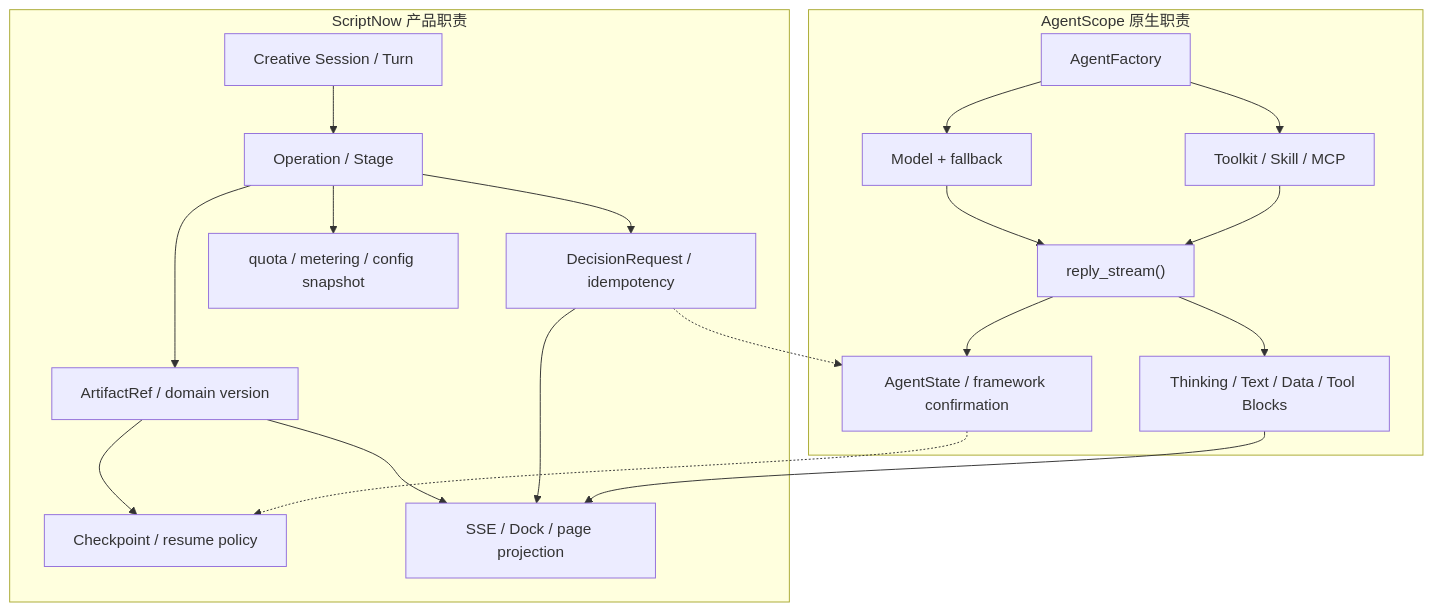
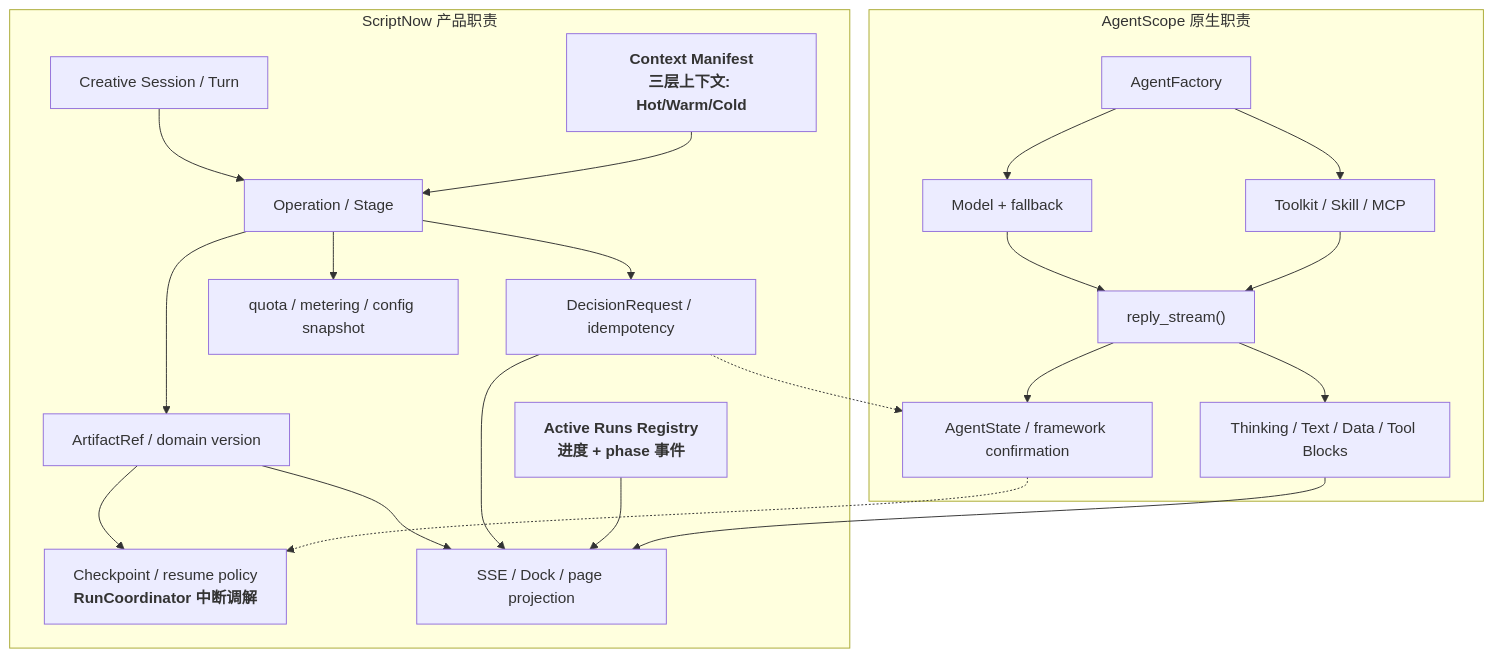
The fifth of 8 diagrams in docs/v7-spec-v1.1/19-SYSTEM-BUSINESS-FLOW-MAP.md (quchenchen/ScriptNow), drawn with Mermaid before and after one commit. The commit also changed other lines of this file and 10 other files, not shown here.

````diff
--- a/docs/v7-spec-v1.1/19-SYSTEM-BUSINESS-FLOW-MAP.md
+++ b/docs/v7-spec-v1.1/19-SYSTEM-BUSINESS-FLOW-MAP.md
@@ -155,36 +171,40 @@
 ```mermaid
 flowchart TB
     subgraph AS["AgentScope 原生职责"]
         Factory["AgentFactory"]
         Model["Model + fallback"]
         Toolkit["Toolkit / Skill / MCP"]
         Reply["reply_stream()"]
         Blocks["Thinking / Text / Data / Tool Blocks"]
         State["AgentState / framework confirmation"]
         Factory --> Model
         Factory --> Toolkit
         Model --> Reply
         Toolkit --> Reply
         Reply --> Blocks
         Reply --> State
     end
 
     subgraph SN["ScriptNow 产品职责"]
         Session["Creative Session / Turn"]
         Operation["Operation / Stage"]
         Artifact["ArtifactRef / domain version"]
-        Checkpoint["Checkpoint / resume policy"]
+        Checkpoint["Checkpoint / resume policy<br/><b>RunCoordinator 中断调解</b>"]
         Decision["DecisionRequest / idempotency"]
         Budget["quota / metering / config snapshot"]
         Projection["SSE / Dock / page projection"]
+        Manifest["<b>Context Manifest<br/>三层上下文: Hot/Warm/Cold</b>"]
+        ActiveRuns["<b>Active Runs Registry<br/>进度 + phase 事件</b>"]
         Session --> Operation --> Artifact --> Checkpoint
         Operation --> Decision
         Operation --> Budget
         Artifact --> Projection
         Decision --> Projection
+        Manifest --> Operation
+        ActiveRuns --> Projection
     end
 
     Blocks --> Projection
     State -.-> Checkpoint
     Decision -.-> State
 ```
````
